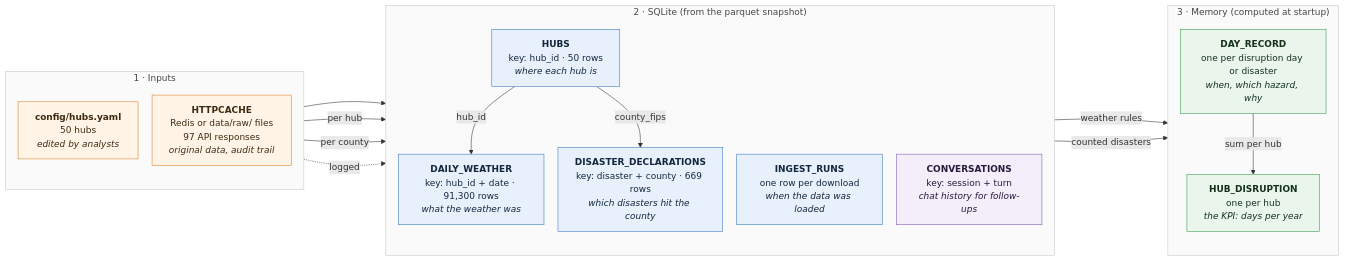
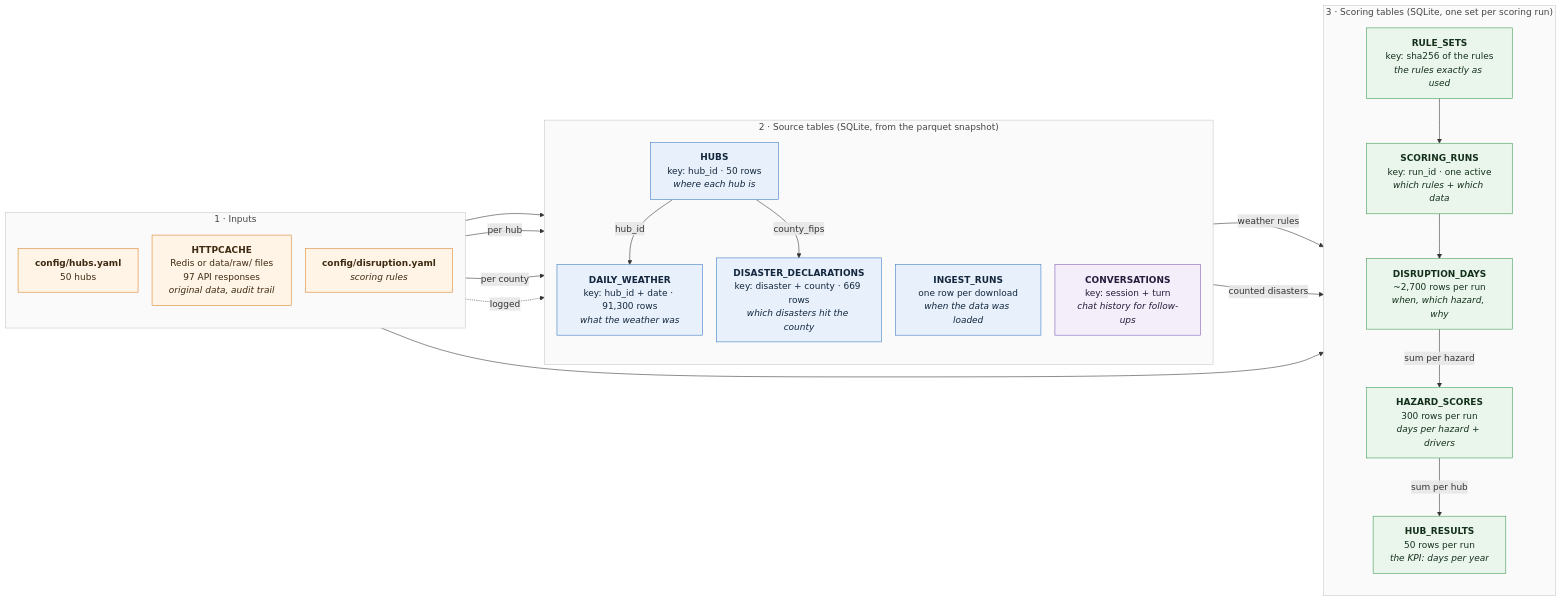
Before and after one commit to Omer212111/Home-assignment-Moveo: the diagram in docs/DATA_MODEL.md, drawn with Mermaid. The commit also changed other lines of this file and 12 other files, not shown here.

First line of the commit message:
Scores in database tables, versioned by scoring run (rule_sets, scoring_runs, hub_results, hazard_scores, disruption_days); memory caches the active run

````diff
--- a/docs/DATA_MODEL.md
+++ b/docs/DATA_MODEL.md
@@ -7,51 +8,59 @@
 ```mermaid
 ---
 config:
   flowchart:
     curve: basis
     nodeSpacing: 25
-    rankSpacing: 60
+    rankSpacing: 55
 ---
 flowchart LR
     subgraph L1["1 · Inputs"]
         direction TB
-        Y["<b>config/hubs.yaml</b><br/>50 hubs<br/><i>edited by analysts</i>"]
+        Y["<b>config/hubs.yaml</b><br/>50 hubs"]
         HC["<b>HTTPCACHE</b><br/>Redis or data/raw/ files<br/>97 API responses<br/><i>original data, audit trail</i>"]
+        RY["<b>config/disruption.yaml</b><br/><i>scoring rules</i>"]
     end
 
-    subgraph L2["2 · SQLite (from the parquet snapshot)"]
+    subgraph L2["2 · Source tables (SQLite, from the parquet snapshot)"]
         direction TB
         H["<b>HUBS</b><br/>key: hub_id · 50 rows<br/><i>where each hub is</i>"]
         W["<b>DAILY_WEATHER</b><br/>key: hub_id + date · 91,300 rows<br/><i>what the weather was</i>"]
         D["<b>DISASTER_DECLARATIONS</b><br/>key: disaster + county · 669 rows<br/><i>which disasters hit the county</i>"]
         I["<b>INGEST_RUNS</b><br/>one row per download<br/><i>when the data was loaded</i>"]
         C["<b>CONVERSATIONS</b><br/>key: session + turn<br/><i>chat history for follow-ups</i>"]
     end
 
-    subgraph L3["3 · Memory (computed at startup)"]
+    subgraph L3["3 · Scoring tables (SQLite, one set per scoring run)"]
         direction TB
-        R["<b>DAY_RECORD</b><br/>one per disruption day or disaster<br/><i>when, which hazard, why</i>"]
-        K["<b>HUB_DISRUPTION</b><br/>one per hub<br/><i>the KPI: days per year</i>"]
+        RS["<b>RULE_SETS</b><br/>key: sha256 of the rules<br/><i>the rules exactly as used</i>"]
+        SR["<b>SCORING_RUNS</b><br/>key: run_id · one active<br/><i>which rules + which data</i>"]
+        DD["<b>DISRUPTION_DAYS</b><br/>~2,700 rows per run<br/><i>when, which hazard, why</i>"]
+        HZ["<b>HAZARD_SCORES</b><br/>300 rows per run<br/><i>days per hazard + drivers</i>"]
+        HR["<b>HUB_RESULTS</b><br/>50 rows per run<br/><i>the KPI: days per year</i>"]
     end
 
     Y --> H
     HC -- "per hub" --> W
     HC -- "per county" --> D
     HC -. "logged" .-> I
+    RY --> RS
     H -- "hub_id" --> W
     H -- "county_fips" --> D
-    W -- "weather rules" --> R
-    D -- "counted disasters" --> R
-    R -- "sum per hub" --> K
+    RS --> SR
+    W -- "weather rules" --> DD
+    D -- "counted disasters" --> DD
+    SR --> DD
+    DD -- "sum per hazard" --> HZ
+    HZ -- "sum per hub" --> HR
 
     classDef cache fill:#fff4e5,stroke:#d9822b,color:#3d2a12
     classDef sql fill:#e8f1fb,stroke:#3b78c3,color:#13263d
-    classDef mem fill:#eaf6ec,stroke:#3c9a52,color:#14301b
+    classDef score fill:#eaf6ec,stroke:#3c9a52,color:#14301b
     classDef chat fill:#f3eefa,stroke:#7d5bb5,color:#271a3b
     classDef layer fill:#fafafa,stroke:#c8c8c8,color:#444
-    class HC,Y cache
+    class HC,Y,RY cache
     class H,W,D,I sql
     class C chat
-    class R,K mem
+    class RS,SR,DD,HZ,HR score
     class L1,L2,L3 layer
 ```
````
